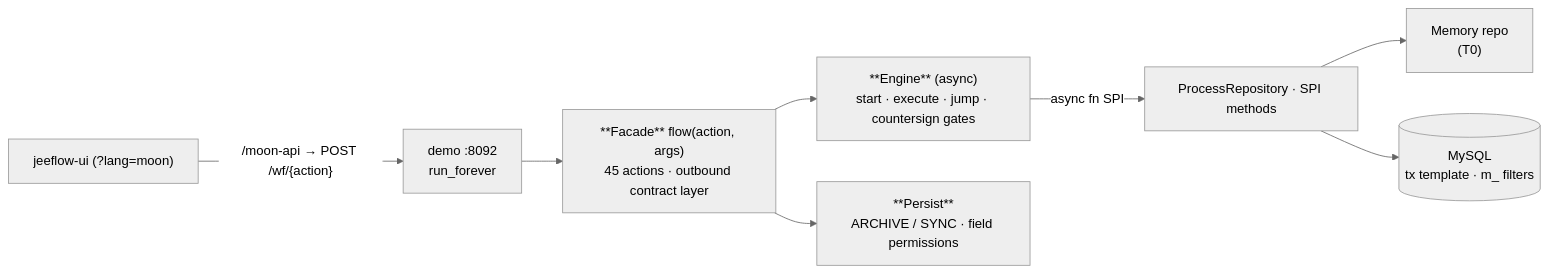
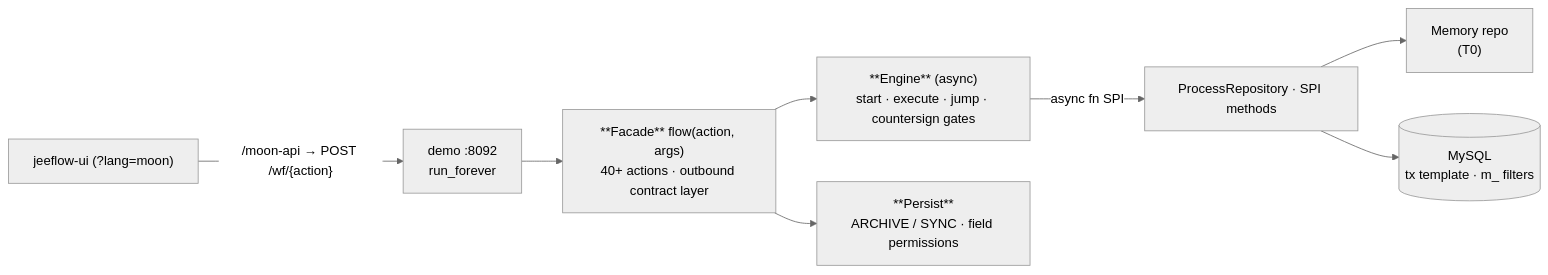
One commit to mldong/jeeflow-moon changed the diagram in README.md. Above: the diagram before and after it, drawn with Mermaid (neutral theme). The commit also changed other lines of this file and 8 other files, not shown here.

````diff
--- a/README.md
+++ b/README.md
@@ -21,10 +21,10 @@
 ```mermaid
 flowchart LR
   ui["jeeflow-ui (?lang=moon)"] -->|"/moon-api → POST /wf/{action}"| demo["demo :8092<br/>run_forever"]
-  demo --> f["**Facade** flow(action, args)<br/>45 actions · outbound contract layer"]
+  demo --> f["**Facade** flow(action, args)<br/>40+ actions · outbound contract layer"]
   f --> e["**Engine** (async)<br/>start · execute · jump · countersign gates"]
   e -->|"async fn SPI"| spi["ProcessRepository · SPI methods"]
   spi --> mem["Memory repo<br/>(T0)"]
   spi --> my[("MySQL<br/>tx template · m_ filters")]
   f --> p["**Persist**<br/>ARCHIVE / SYNC · field permissions"]
 ```
````
